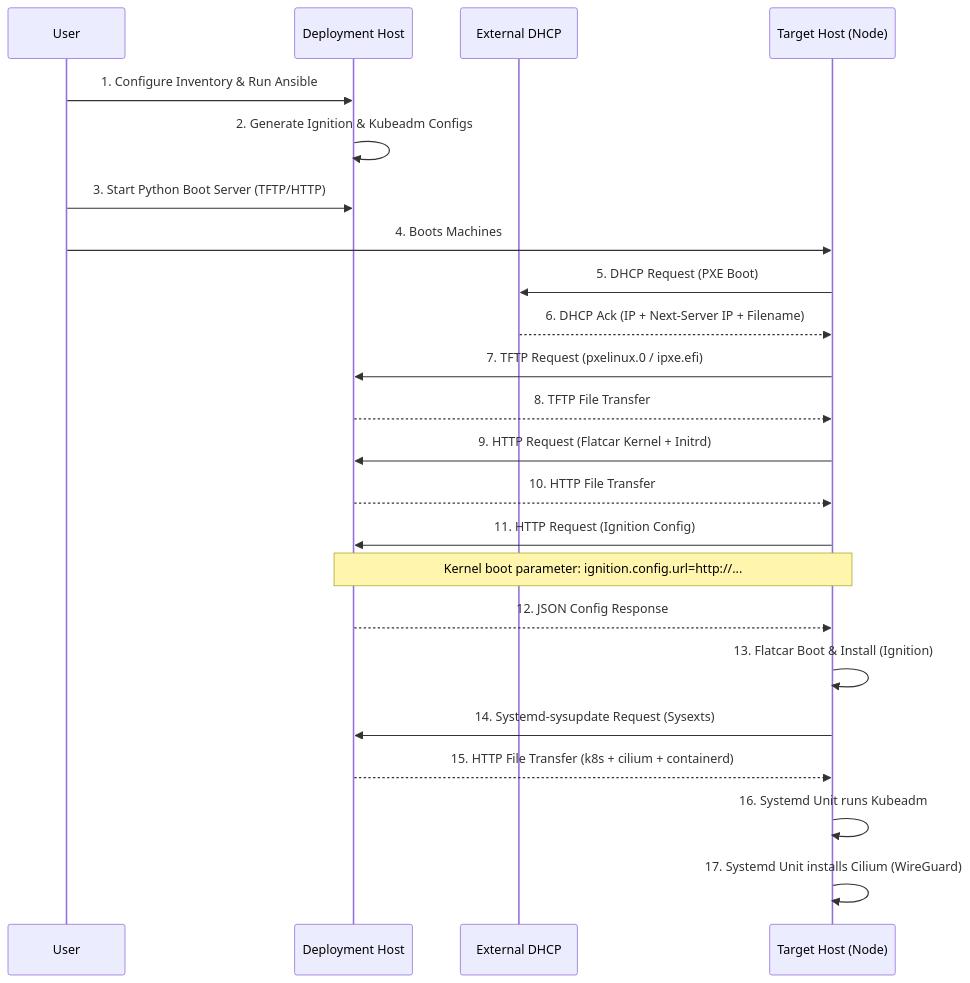
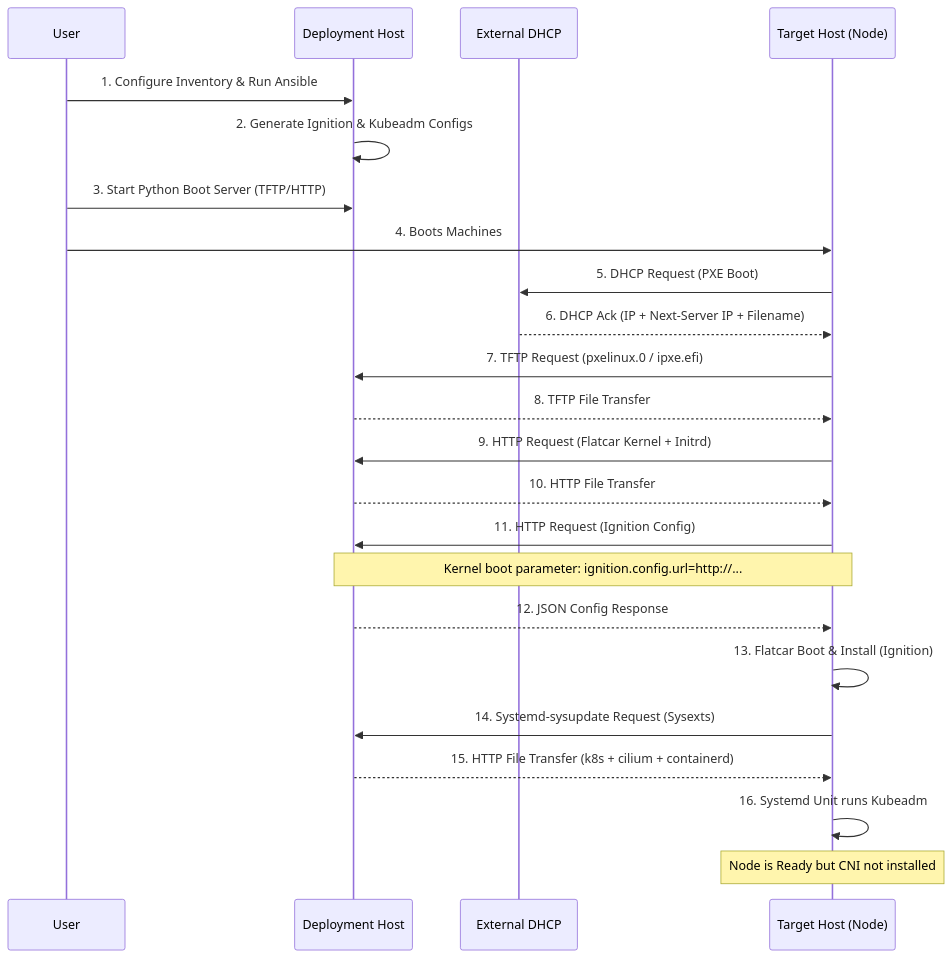
One commit to JanWelker/homelab changed the first of 2 diagrams in architecture.md. Above: the diagram before and after it, drawn with Mermaid. The commit also changed other lines of this file and 4 other files, not shown here.

````diff
--- a/architecture.md
+++ b/architecture.md
@@ -27,34 +27,34 @@
 ```mermaid
 sequenceDiagram
     participant Admin as User
     participant Deploy as Deployment Host
     participant DHCP as External DHCP
     participant Target as Target Host (Node)
 
     Admin->>Deploy: 1. Configure Inventory & Run Ansible
     Deploy->>Deploy: 2. Generate Ignition & Kubeadm Configs
     Admin->>Deploy: 3. Start Python Boot Server (TFTP/HTTP)
     Admin->>Target: 4. Boots Machines
     
     Target->>DHCP: 5. DHCP Request (PXE Boot)
     DHCP-->>Target: 6. DHCP Ack (IP + Next-Server IP + Filename)
     
     Target->>Deploy: 7. TFTP Request (pxelinux.0 / ipxe.efi)
     Deploy-->>Target: 8. TFTP File Transfer
     
     Target->>Deploy: 9. HTTP Request (Flatcar Kernel + Initrd)
     Deploy-->>Target: 10. HTTP File Transfer
     
     Target->>Deploy: 11. HTTP Request (Ignition Config)
     Note over Target,Deploy: Kernel boot parameter: ignition.config.url=http://...
     Deploy-->>Target: 12. JSON Config Response
     
     Target->>Target: 13. Flatcar Boot & Install (Ignition)
     
     Target->>Deploy: 14. Systemd-sysupdate Request (Sysexts)
     Deploy-->>Target: 15. HTTP File Transfer (k8s + cilium + containerd)
     
     Target->>Target: 16. Systemd Unit runs Kubeadm
-    Target->>Target: 17. Systemd Unit installs Cilium (WireGuard)
+    Note over Target: Node is Ready but CNI not installed
 
 ```
````
